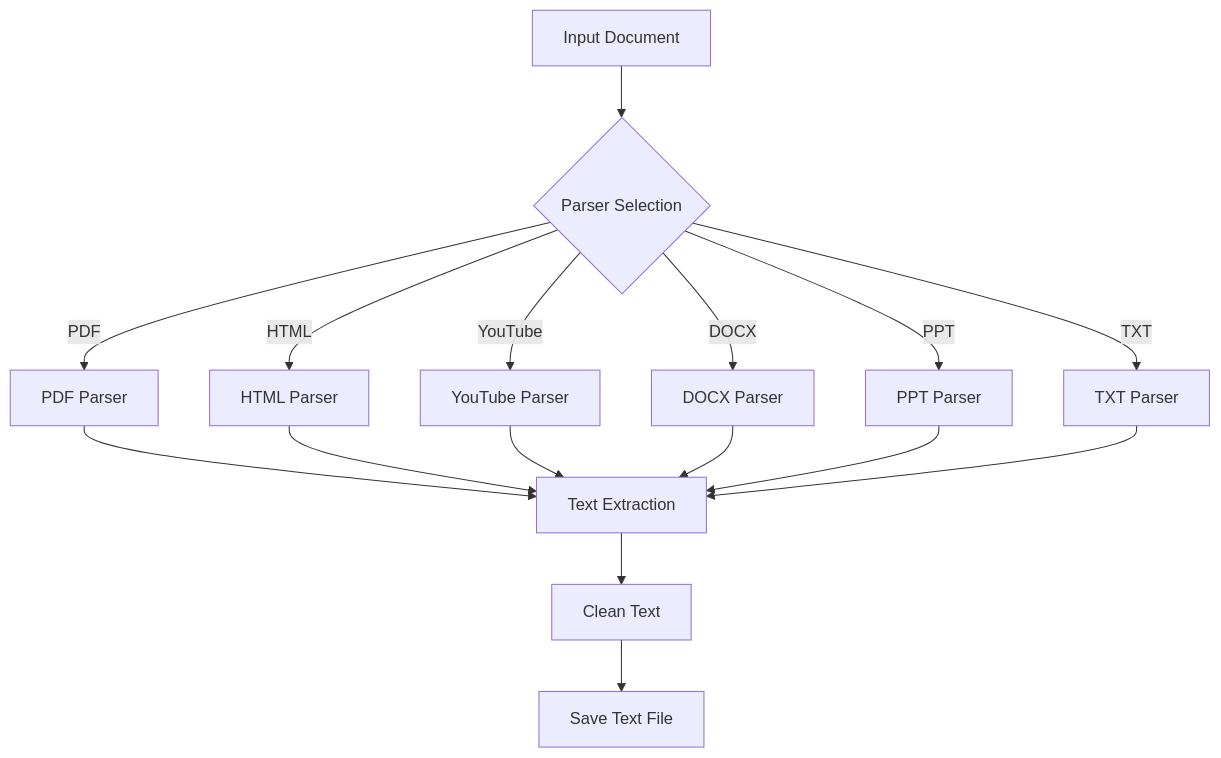
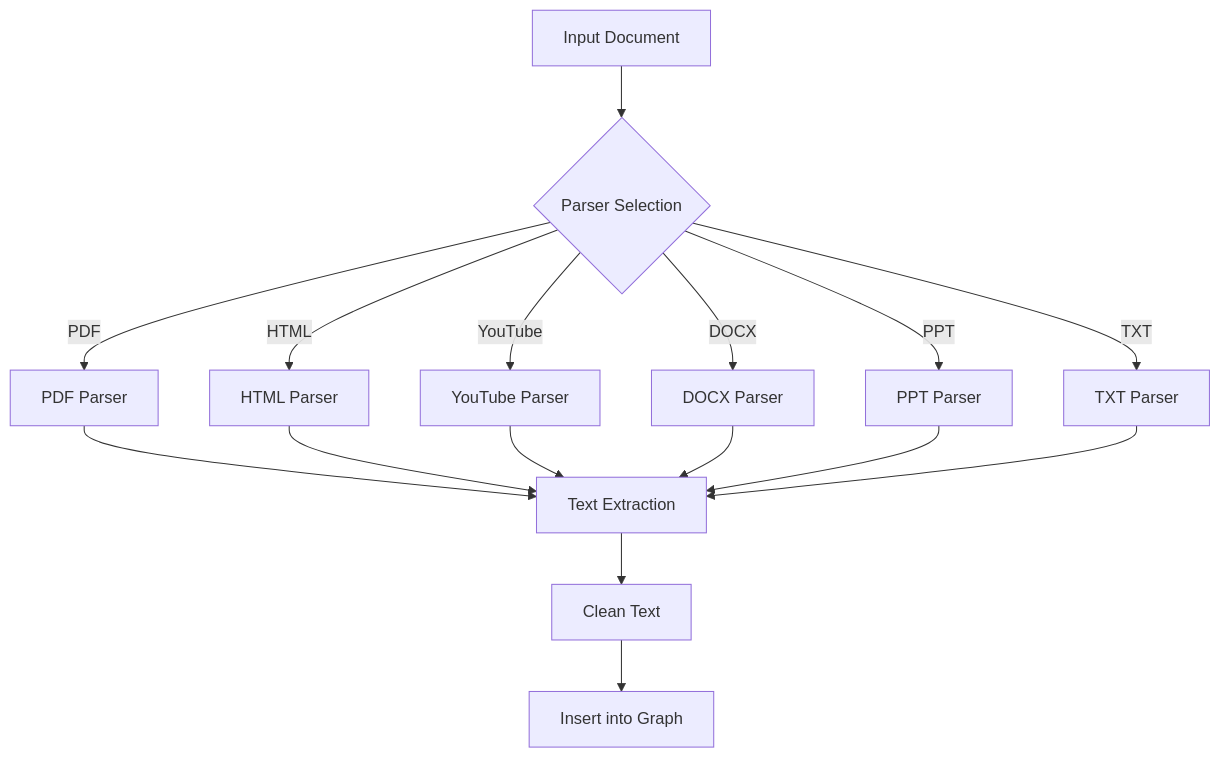
Before and after one commit to AvacynLab/datacreek: the fourth of 14 diagrams in DOCS.md, drawn with Mermaid. The commit also changed other lines of this file and 14 other files, not shown here.

````diff
--- a/DOCS.md
+++ b/DOCS.md
@@ -438,20 +438,20 @@
 ```mermaid
 graph TD
     Input[Input Document] --> Parser{Parser Selection}
     Parser -->|PDF| PDFParser[PDF Parser]
     Parser -->|HTML| HTMLParser[HTML Parser]
     Parser -->|YouTube| YouTubeParser[YouTube Parser]
     Parser -->|DOCX| DOCXParser[DOCX Parser]
     Parser -->|PPT| PPTParser[PPT Parser]
     Parser -->|TXT| TXTParser[TXT Parser]
     
     PDFParser --> TextExtraction[Text Extraction]
     HTMLParser --> TextExtraction
     YouTubeParser --> TextExtraction
     DOCXParser --> TextExtraction
     PPTParser --> TextExtraction
     TXTParser --> TextExtraction
     
     TextExtraction --> CleanText[Clean Text]
-    CleanText --> SaveText[Save Text File]
+    CleanText --> InsertGraph[Insert into Graph]
 ```
````
